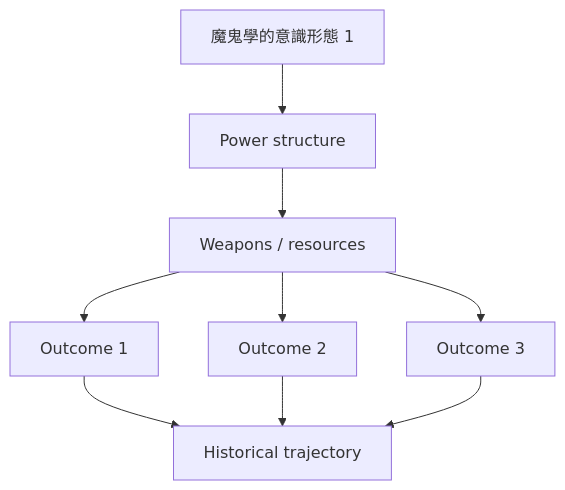
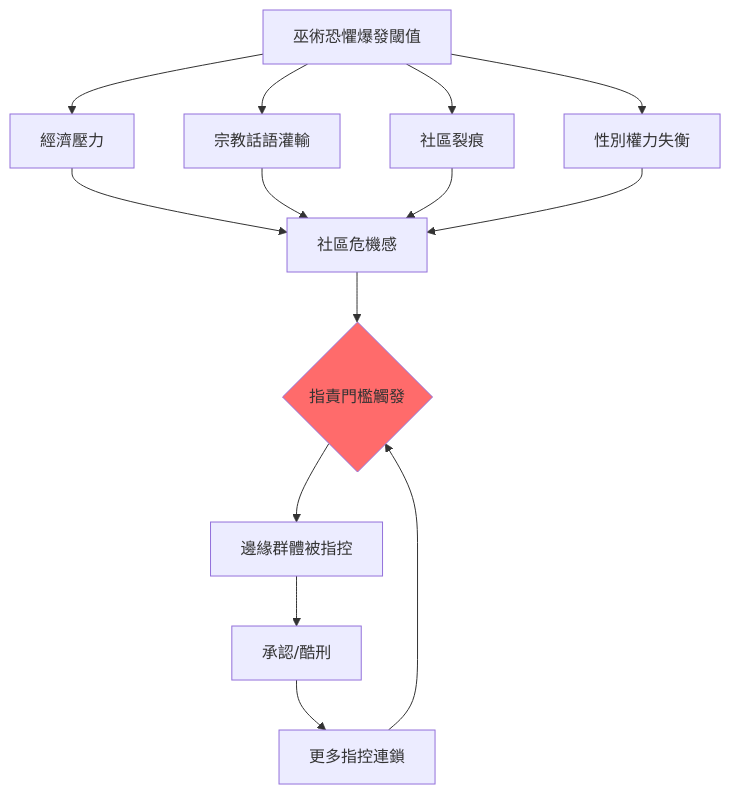
One commit to yip-lgtm/HKU-Harvard-History-Self-Study changed the second of 6 diagrams in 01_HKU_Courses/HIST2213_Witchcraft_magic_and_the_devil.md. Above: the diagram before and after it, drawn with Mermaid. The commit also changed other lines of this file and 2 other files, not shown here.

````diff
--- a/01_HKU_Courses/HIST2213_Witchcraft_magic_and_the_devil.md
+++ b/01_HKU_Courses/HIST2213_Witchcraft_magic_and_the_devil.md
@@ -146,11 +162,17 @@
 ```mermaid
 graph TD
-    A[魔鬼學的意識形態 1] --> B[Power structure]
-    B --> C[Weapons / resources]
-    C --> D[Outcome 1]
-    C --> E[Outcome 2]
-    C --> F[Outcome 3]
-    D --> G[Historical trajectory]
-    E --> G
-    F --> G
+    A["巫術恐懼爆發閾值"] --> B["經濟壓力"]
+    A --> C["宗教話語灌輸"]
+    A --> D["社區裂痕"]
+    A --> E["性別權力失衡"]
+    B --> F["社區危機感"]
+    C --> F
+    D --> F
+    E --> F
+    F --> G{"指責門檻觸發"}
+    G --> H["邊緣群體被指控"]
+    H --> I["承認/酷刑"]
+    I --> J["更多指控連鎖"]
+    J --> G
+    style G fill:#FF6B6B
 ```
````
